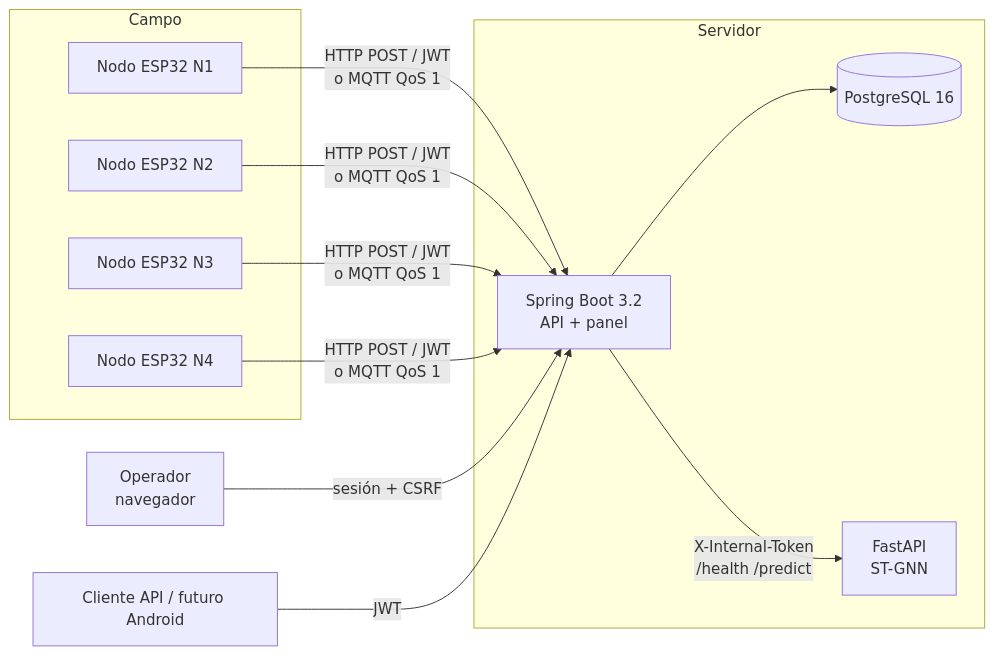
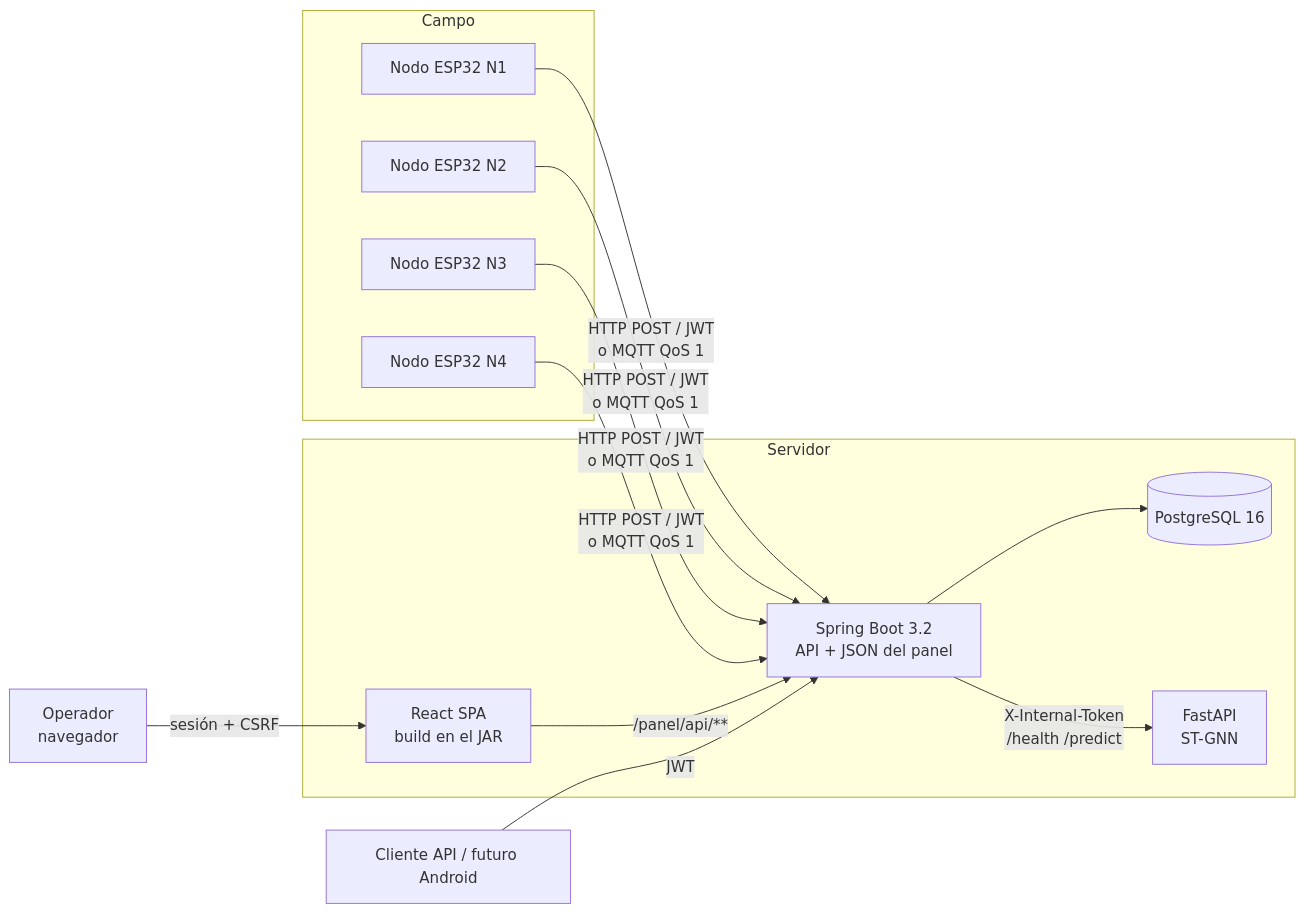
Before and after one commit to 46855344-ux/tesis-laguna-paca: the first of 5 diagrams in docs/SDD/06-arquitectura.md, drawn with Mermaid. The commit also changed other lines of this file and 96 other files, not shown here.

First line of the commit message:
feat(panel): migrar el panel web a React + TypeScript

````diff
--- a/docs/SDD/06-arquitectura.md
+++ b/docs/SDD/06-arquitectura.md
@@ -5,23 +5,25 @@
 ```mermaid
 flowchart LR
     subgraph Campo
         N1[Nodo ESP32 N1]
         N2[Nodo ESP32 N2]
         N3[Nodo ESP32 N3]
         N4[Nodo ESP32 N4]
     end
 
     subgraph Servidor
-        B[Spring Boot 3.2<br/>API + panel]
+        B[Spring Boot 3.2<br/>API + JSON del panel]
+        FE[React SPA<br/>build en el JAR]
         DB[(PostgreSQL 16)]
         IA[FastAPI<br/>ST-GNN]
     end
 
     OP[Operador<br/>navegador]
 
     N1 & N2 & N3 & N4 -->|HTTP POST / JWT<br/>o MQTT QoS 1| B
     B --> DB
     B -->|X-Internal-Token<br/>/health /predict| IA
-    OP -->|sesión + CSRF| B
+    OP -->|sesión + CSRF| FE
+    FE -->|/panel/api/**| B
     M[Cliente API / futuro Android] -->|JWT| B
 ```
````
